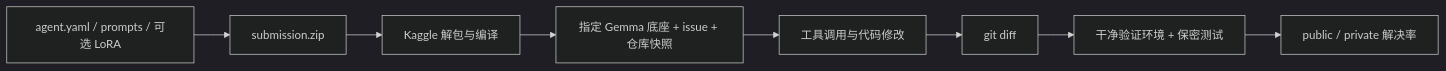
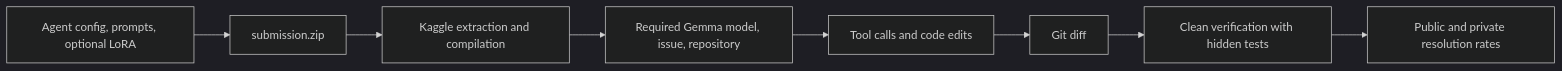
The diagram in docs/overview.md (jwj1342/gemma-agent-lab), drawn with Mermaid (dark theme) before and after one commit. The commit also changed other lines of this file and 80 other files, not shown here.

First line of the commit message:
Rebrand Gemma Agent Lab and publish English team documentation

````diff
--- a/docs/overview.md
+++ b/docs/overview.md
@@ -24,10 +28,10 @@
 ```mermaid
 flowchart LR
-    A[agent.yaml / prompts / 可选 LoRA] --> B[submission.zip]
-    B --> C[Kaggle 解包与编译]
-    C --> D[指定 Gemma 底座 + issue + 仓库快照]
-    D --> E[工具调用与代码修改]
-    E --> F[git diff]
-    F --> G[干净验证环境 + 保密测试]
-    G --> H[public / private 解决率]
+    A[Agent config, prompts, optional LoRA] --> B[submission.zip]
+    B --> C[Kaggle extraction and compilation]
+    C --> D[Required Gemma model, issue, repository]
+    D --> E[Tool calls and code edits]
+    E --> F[Git diff]
+    F --> G[Clean verification with hidden tests]
+    G --> H[Public and private resolution rates]
 ```
````
